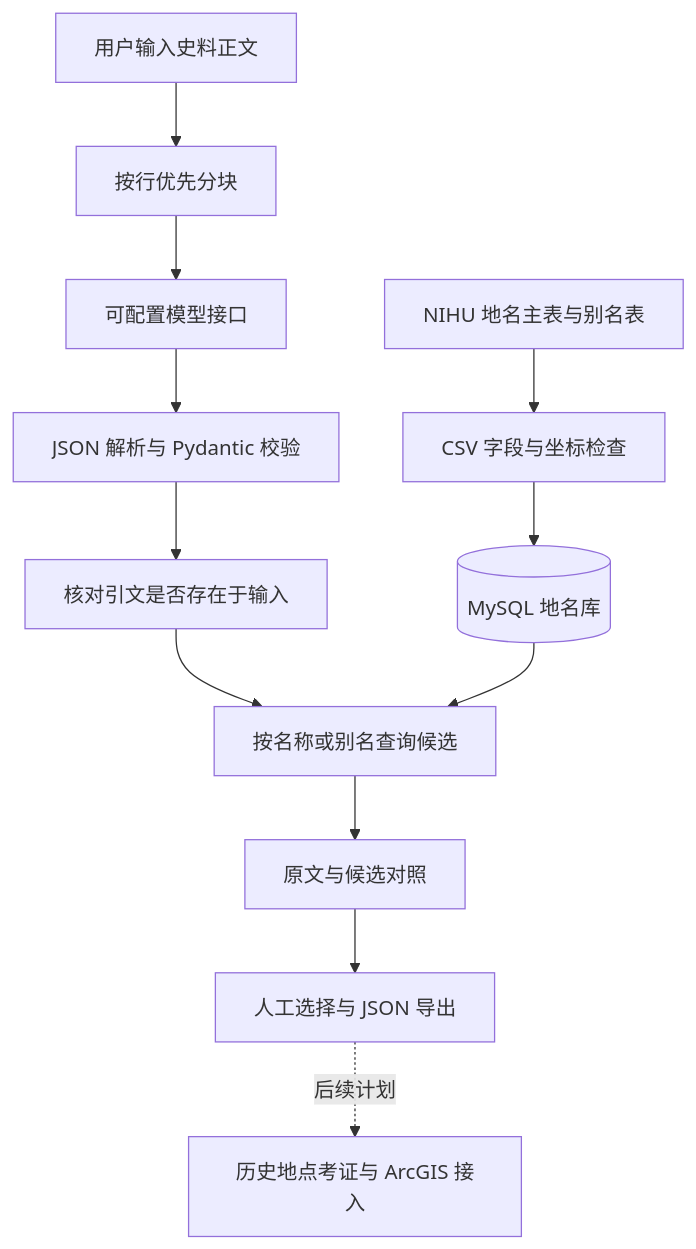
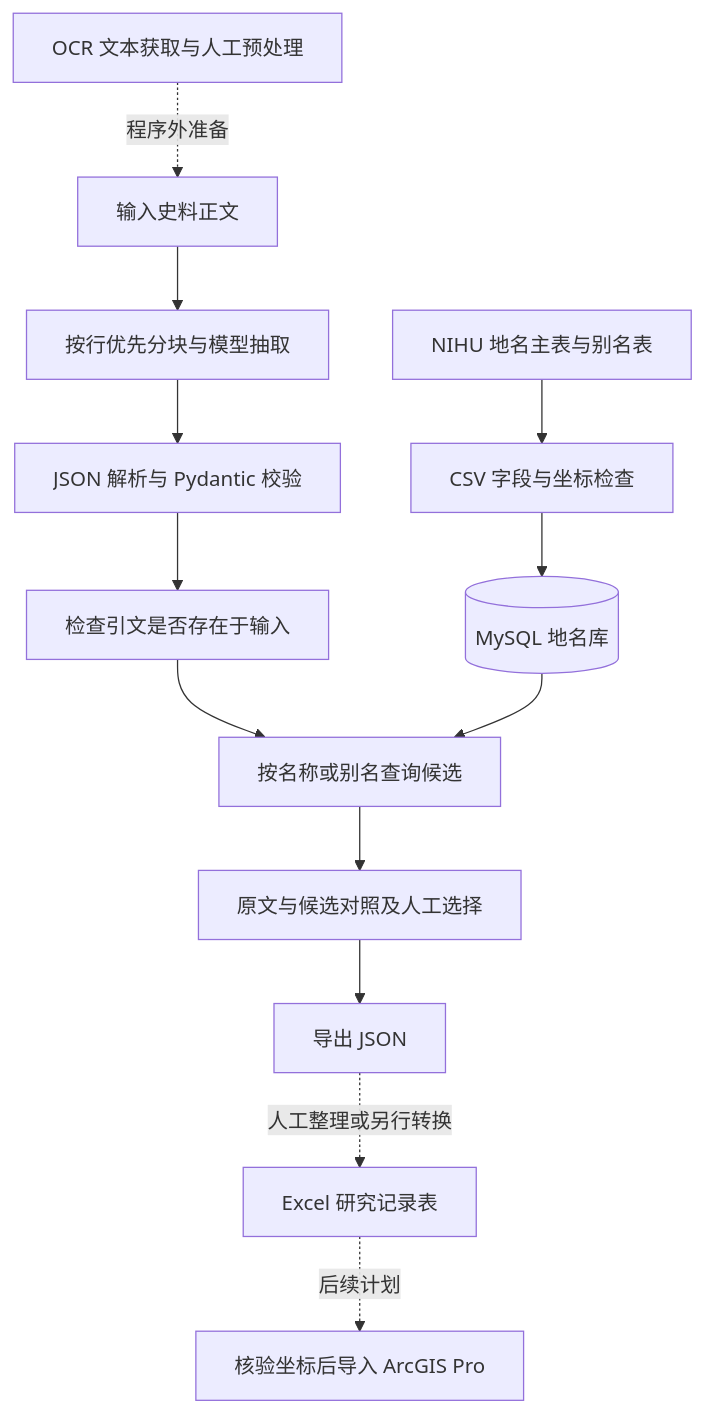
The diagram in docs/technical.md (Fuyusaka-Johnny/historical-source-geocoding), drawn with Mermaid before and after one commit. The commit also changed other lines of this file and 2 other files, not shown here.

Commit message:
Clarify research workflow, Excel records, and ArcGIS scope [skip ci]

````diff
--- a/docs/technical.md
+++ b/docs/technical.md
@@ -5,14 +7,15 @@
 ```mermaid
 flowchart TD
     A[NIHU 地名主表与别名表] --> B[CSV 字段与坐标检查]
     B --> C[(MySQL 地名库)]
-    D[用户输入史料正文] --> E[按行优先分块]
-    E --> F[可配置模型接口]
+    D[OCR 文本获取与人工预处理] -.程序外准备.-> E[输入史料正文]
+    E --> F[按行优先分块与模型抽取]
     F --> G[JSON 解析与 Pydantic 校验]
-    G --> H[核对引文是否存在于输入]
+    G --> H[检查引文是否存在于输入]
     H --> I[按名称或别名查询候选]
     C --> I
-    I --> J[原文与候选对照]
-    J --> K[人工选择与 JSON 导出]
-    K -.后续计划.-> L[历史地点考证与 ArcGIS 接入]
+    I --> J[原文与候选对照及人工选择]
+    J --> K[导出 JSON]
+    K -.人工整理或另行转换.-> L[Excel 研究记录表]
+    L -.后续计划.-> M[核验坐标后导入 ArcGIS Pro]
 ```
````
